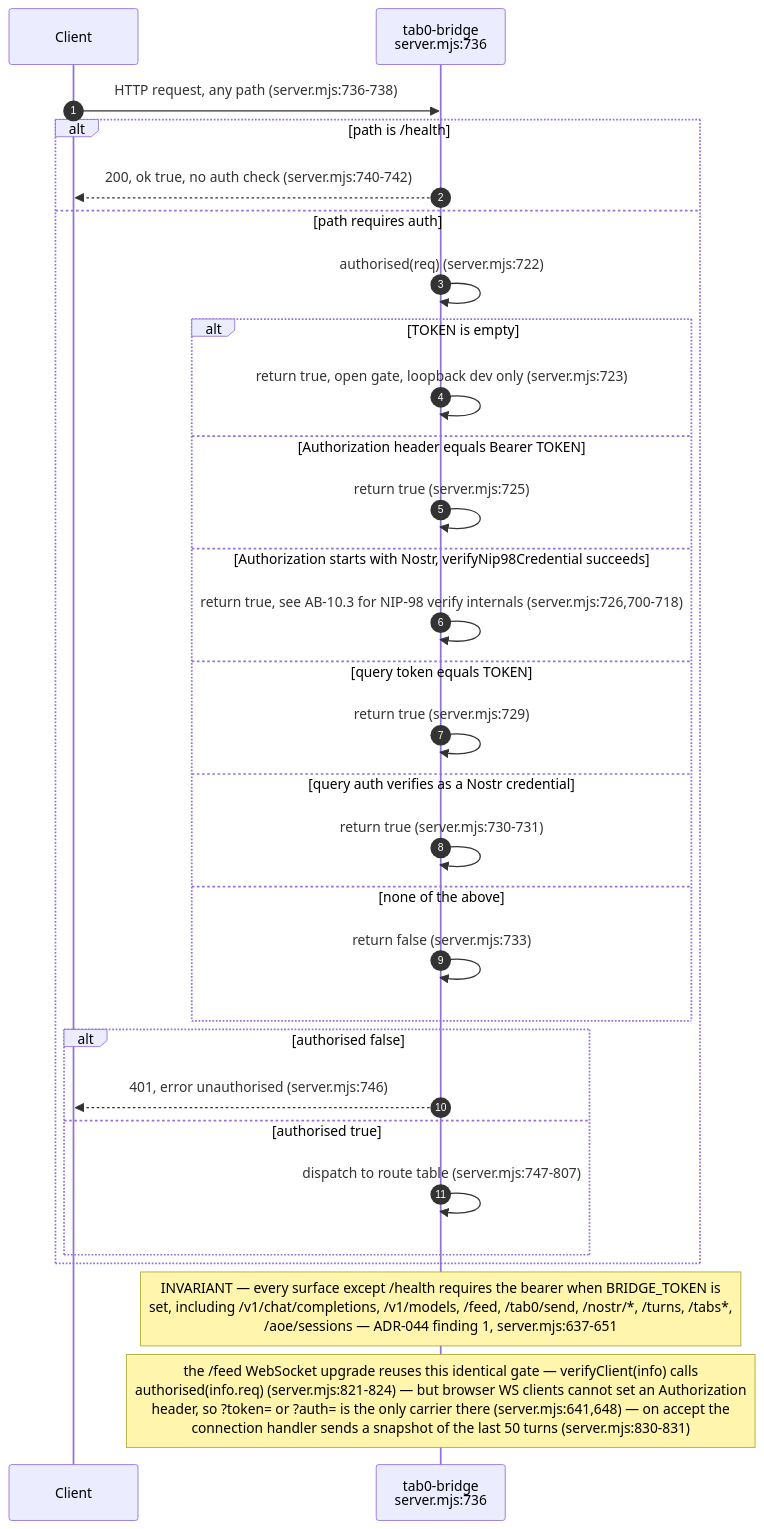
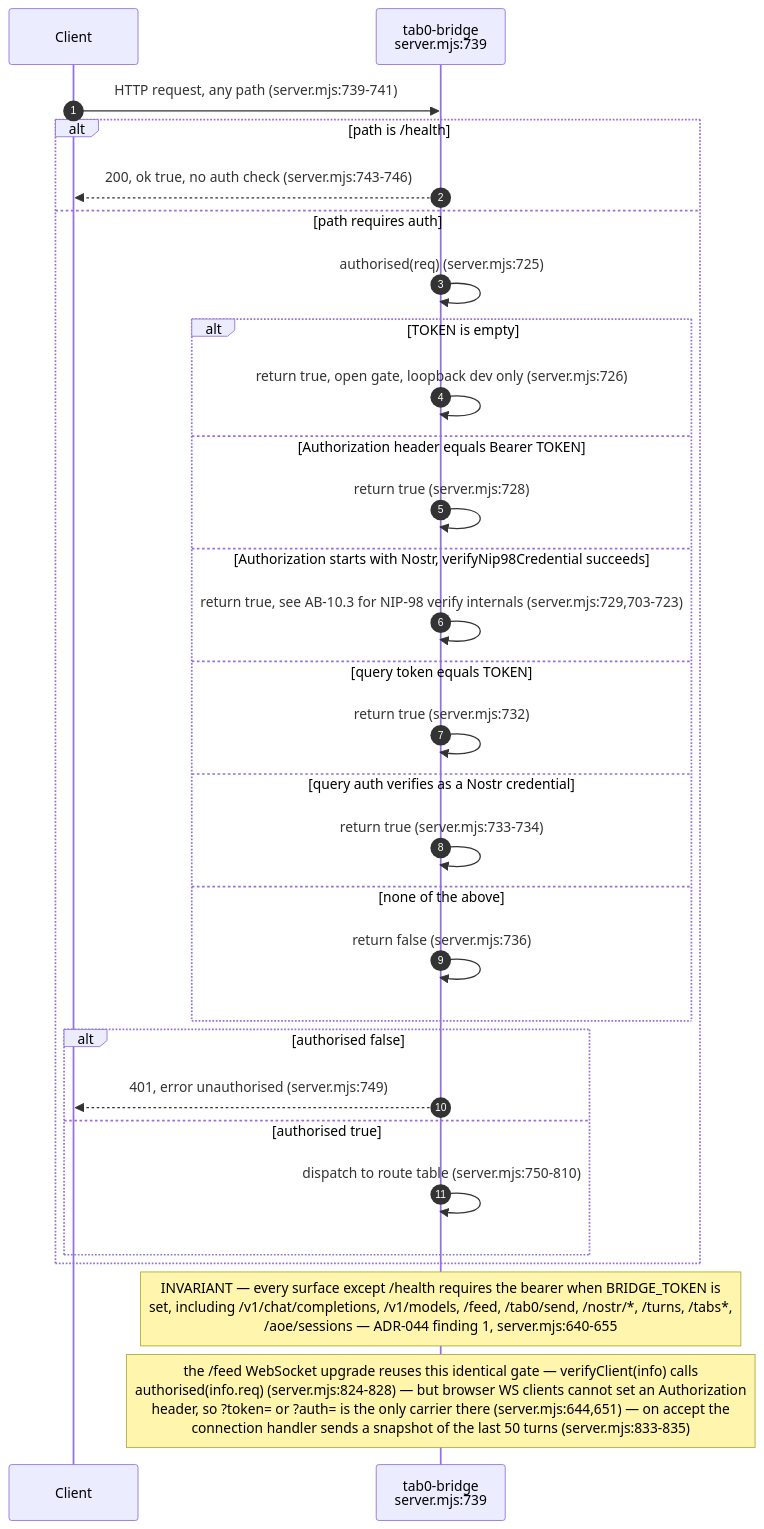
Before and after one commit to DreamLab-AI/VisionFlow: the second of 12 diagrams in docs/diagrams/agentbox/12-tab0-bridge-and-interaction-plane.md, drawn with Mermaid. The commit also changed other lines of this file and 160 other files, not shown here.

````diff
--- a/docs/diagrams/agentbox/12-tab0-bridge-and-interaction-plane.md
+++ b/docs/diagrams/agentbox/12-tab0-bridge-and-interaction-plane.md
@@ -77,33 +85,33 @@
 ```mermaid
 sequenceDiagram
     autonumber
     participant C as Client
-    participant B as tab0-bridge<br/>server.mjs:736
+    participant B as tab0-bridge<br/>server.mjs:739
 
-    C->>B: HTTP request, any path (server.mjs:736-738)
+    C->>B: HTTP request, any path (server.mjs:739-741)
     alt path is /health
-        B-->>C: 200, ok true, no auth check (server.mjs:740-742)
+        B-->>C: 200, ok true, no auth check (server.mjs:743-746)
     else path requires auth
-        B->>B: authorised(req) (server.mjs:722)
+        B->>B: authorised(req) (server.mjs:725)
         alt TOKEN is empty
-            B->>B: return true, open gate, loopback dev only (server.mjs:723)
+            B->>B: return true, open gate, loopback dev only (server.mjs:726)
         else Authorization header equals Bearer TOKEN
-            B->>B: return true (server.mjs:725)
+            B->>B: return true (server.mjs:728)
         else Authorization starts with Nostr, verifyNip98Credential succeeds
-            B->>B: return true, see AB-10.3 for NIP-98 verify internals (server.mjs:726,700-718)
+            B->>B: return true, see AB-10.3 for NIP-98 verify internals (server.mjs:729,703-723)
         else query token equals TOKEN
-            B->>B: return true (server.mjs:729)
+            B->>B: return true (server.mjs:732)
         else query auth verifies as a Nostr credential
-            B->>B: return true (server.mjs:730-731)
+            B->>B: return true (server.mjs:733-734)
         else none of the above
-            B->>B: return false (server.mjs:733)
+            B->>B: return false (server.mjs:736)
         end
         alt authorised false
-            B-->>C: 401, error unauthorised (server.mjs:746)
+            B-->>C: 401, error unauthorised (server.mjs:749)
         else authorised true
-            B->>B: dispatch to route table (server.mjs:747-807)
+            B->>B: dispatch to route table (server.mjs:750-810)
         end
     end
-Note over B: INVARIANT — every surface except /health requires the bearer when BRIDGE_TOKEN is<br/>set, including /v1/chat/completions, /v1/models, /feed, /tab0/send, /nostr/*, /turns, /tabs*,<br/>/aoe/sessions — ADR-044 finding 1, server.mjs:637-651
-Note over B: the /feed WebSocket upgrade reuses this identical gate — verifyClient(info) calls<br/>authorised(info.req) (server.mjs:821-824) — but browser WS clients cannot set an Authorization<br/>header, so ?token= or ?auth= is the only carrier there (server.mjs:641,648) — on accept the<br/>connection handler sends a snapshot of the last 50 turns (server.mjs:830-831)
+Note over B: INVARIANT — every surface except /health requires the bearer when BRIDGE_TOKEN is<br/>set, including /v1/chat/completions, /v1/models, /feed, /tab0/send, /nostr/*, /turns, /tabs*,<br/>/aoe/sessions — ADR-044 finding 1, server.mjs:640-655
+Note over B: the /feed WebSocket upgrade reuses this identical gate — verifyClient(info) calls<br/>authorised(info.req) (server.mjs:824-828) — but browser WS clients cannot set an Authorization<br/>header, so ?token= or ?auth= is the only carrier there (server.mjs:644,651) — on accept the<br/>connection handler sends a snapshot of the last 50 turns (server.mjs:833-835)
 ```
````
